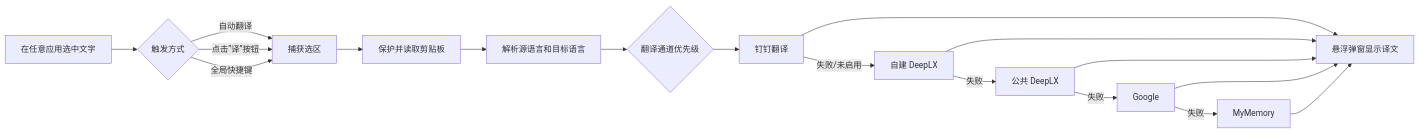
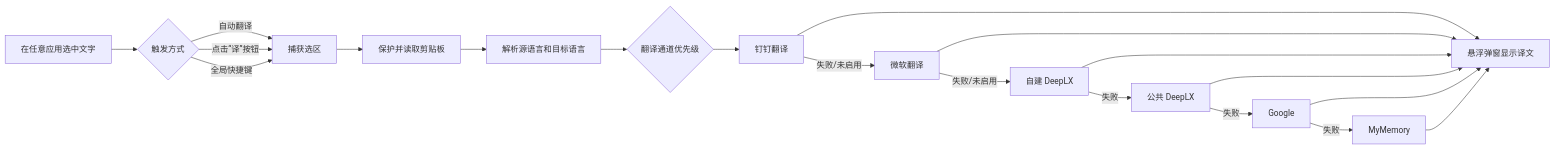
The diagram in README.zh-CN.md (zhq734/translation), drawn with Mermaid before and after one commit. The commit also changed other lines of this file and 20 other files, not shown here.

````diff
--- a/README.zh-CN.md
+++ b/README.zh-CN.md
@@ -96,20 +98,22 @@
 ```mermaid
 flowchart LR
     A[在任意应用选中文字] --> B{触发方式}
     B -->|自动翻译| C[捕获选区]
     B -->|点击“译”按钮| C
     B -->|全局快捷键| C
     C --> D[保护并读取剪贴板]
     D --> E[解析源语言和目标语言]
     E --> F{翻译通道优先级}
     F --> G[钉钉翻译]
-    G -->|失败/未启用| H[自建 DeepLX]
-    H -->|失败| I[公共 DeepLX]
-    I -->|失败| J[Google]
-    J -->|失败| K[MyMemory]
-    G --> L[悬浮弹窗显示译文]
-    H --> L
-    I --> L
-    J --> L
-    K --> L
+    G -->|失败/未启用| H[微软翻译]
+    H -->|失败/未启用| I[自建 DeepLX]
+    I -->|失败| J[公共 DeepLX]
+    J -->|失败| K[Google]
+    K -->|失败| L[MyMemory]
+    G --> M[悬浮弹窗显示译文]
+    H --> M
+    I --> M
+    J --> M
+    K --> M
+    L --> M
 ```
````
